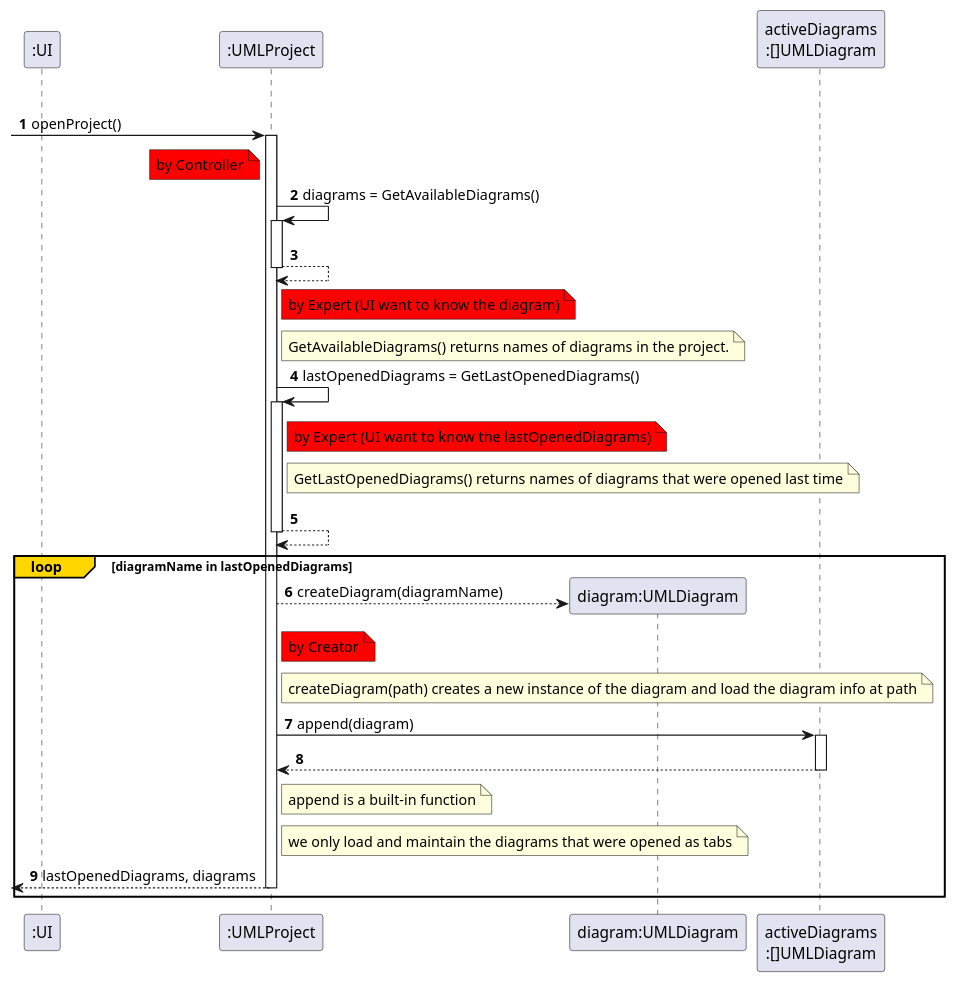
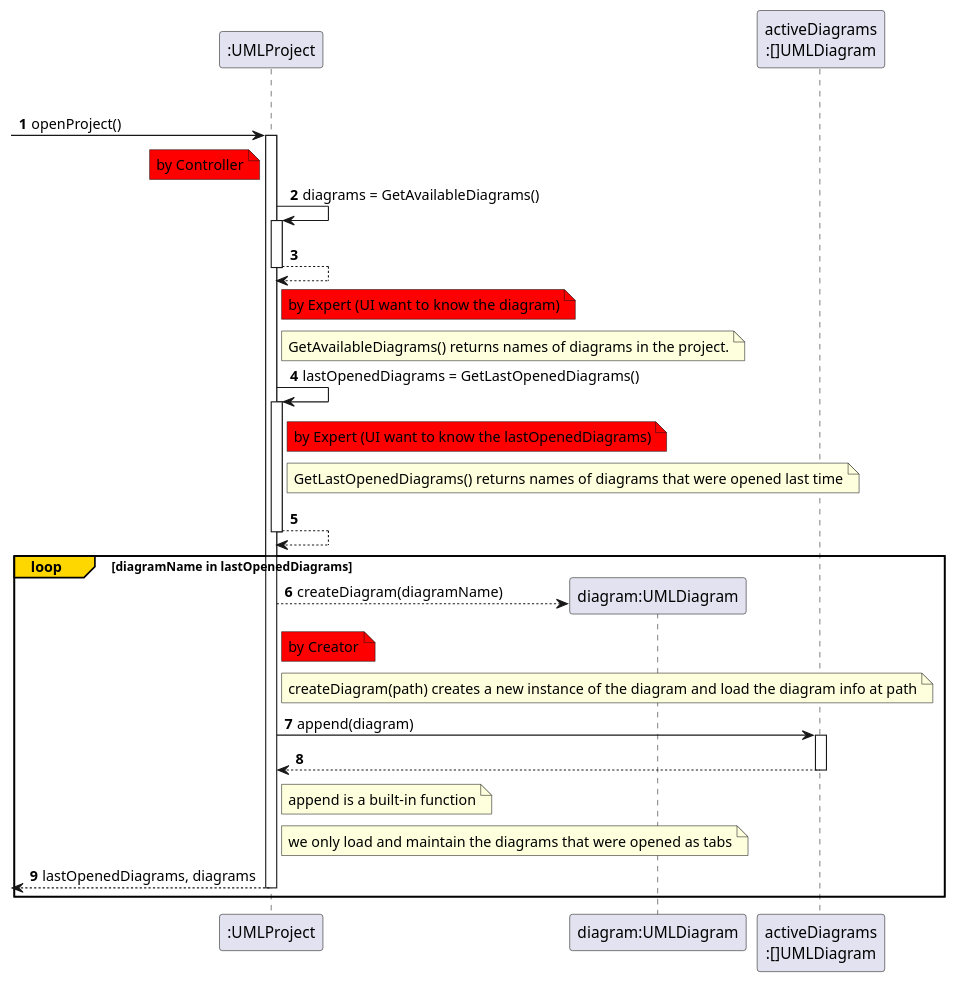
One commit to Vghxv/Dr.UML__________________ changed the first of 16 diagrams in docs/graphs/ssd.iuml. Above: the diagram before and after it, drawn with PlantUML. The commit also changed 19 other files, not shown here.

```diff
--- a/docs/graphs/ssd.iuml
+++ b/docs/graphs/ssd.iuml
@@ -1,32 +1,31 @@
 @startuml openProject
 autonumber
 group#gold #white openProject
     autoactivate on
-    participant ":UI"
     participant ":UMLProject"
     
     -> ":UMLProject": openProject()
     note left of ":UMLProject" #red: by Controller
     ":UMLProject" -> ":UMLProject": diagrams = GetAvailableDiagrams()
     return
     note right of ":UMLProject" #red: by Expert (UI want to know the diagram)
     note right of ":UMLProject": GetAvailableDiagrams() returns names of diagrams in the project.
 
     ":UMLProject" -> ":UMLProject": lastOpenedDiagrams = GetLastOpenedDiagrams()
     note right of ":UMLProject" #red: by Expert (UI want to know the lastOpenedDiagrams)
     note right of ":UMLProject": GetLastOpenedDiagrams() returns names of diagrams that were opened last time
     return
 
     loop#gold #white diagramName in lastOpenedDiagrams
         ":UMLProject" --> "diagram:UMLDiagram" ** : createDiagram(diagramName)
         note right of ":UMLProject" #red: by Creator
         note right of ":UMLProject": createDiagram(path) creates a new instance of the diagram and load the diagram info at path
         participant "activeDiagrams\n:[]UMLDiagram"
         ":UMLProject" -> "activeDiagrams\n:[]UMLDiagram": append(diagram)
         return
         note right of ":UMLProject": append is a built-in function
         note right of ":UMLProject": we only load and maintain the diagrams that were opened as tabs
 
     return lastOpenedDiagrams, diagrams
 end
 @enduml
```
